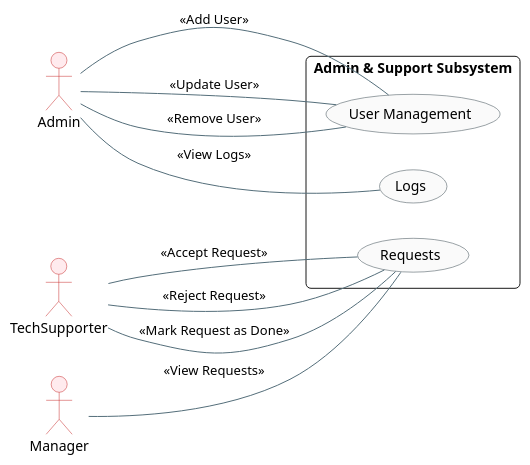
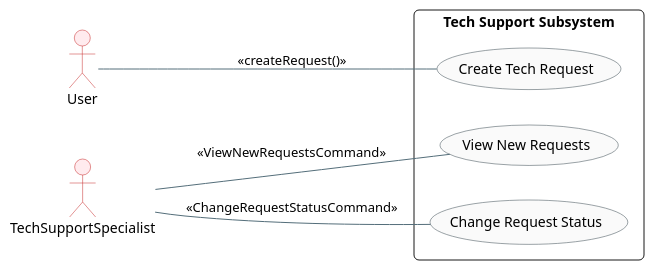
One commit to ofeerist/uni-crm-oop changed the diagram in PartA/useCaseDiagrams/system.puml. Above: the diagram before and after it, drawn with PlantUML. The commit also changed 8 other files, not shown here.

```diff
--- a/PartA/useCaseDiagrams/system.puml
+++ b/PartA/useCaseDiagrams/system.puml
@@ -1,40 +1,33 @@
 @startuml
 skinparam theme plain
 skinparam packageStyle rectangle
 skinparam roundcorner 10
 skinparam shadowing false
 skinparam defaultFontName "Segoe UI"
 
 skinparam actor {
     BackgroundColor #FFEBEE
     BorderColor #C62828
 }
 skinparam usecase {
     BackgroundColor #FAFAFA
     BorderColor #37474F
     ArrowColor #546E7A
 }
 
 left to right direction
 
-actor "Admin" as A
-actor "TechSupporter" as TS
-actor "Manager" as M
+actor "User" as U
+actor "TechSupportSpecialist" as TSS
 
-rectangle "Admin & Support Subsystem" {
-    usecase "User Management" as UserMgmt
-    usecase "Logs" as Logs
-    usecase "Requests" as Requests
+rectangle "Tech Support Subsystem" {
+    usecase "Create Tech Request" as CreateReq
+    usecase "View New Requests" as ViewReqs
+    usecase "Change Request Status" as ChangeStatus
 
-    A -- UserMgmt : <<Add User>>
-    A -- UserMgmt : <<Update User>>
-    A -- UserMgmt : <<Remove User>>
-    A -- Logs : <<View Logs>>
-
-    TS -- Requests : <<Accept Request>>
-    TS -- Requests : <<Reject Request>>
-    TS -- Requests : <<Mark Request as Done>>
+    U -- CreateReq : <<createRequest()>>
     
-    M -- Requests : <<View Requests>>
+    TSS -- ViewReqs : <<ViewNewRequestsCommand>>
+    TSS -- ChangeStatus : <<ChangeRequestStatusCommand>>
 }
 @enduml
```
